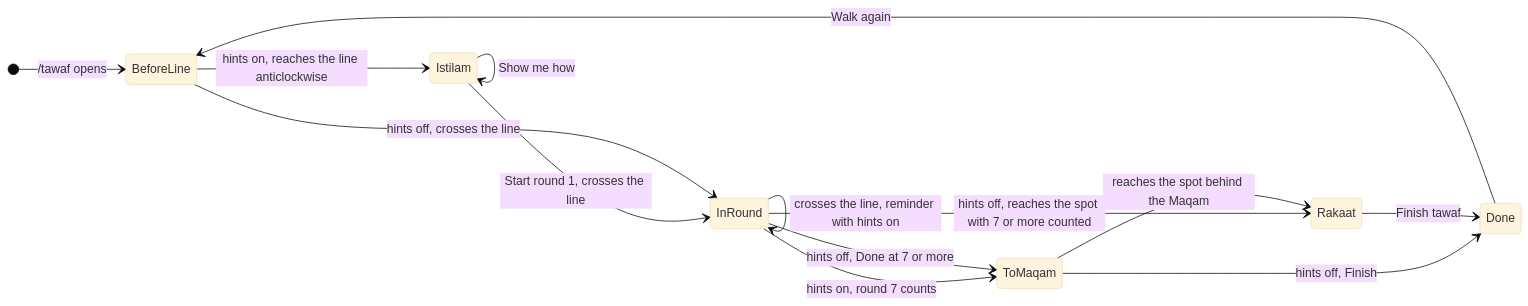
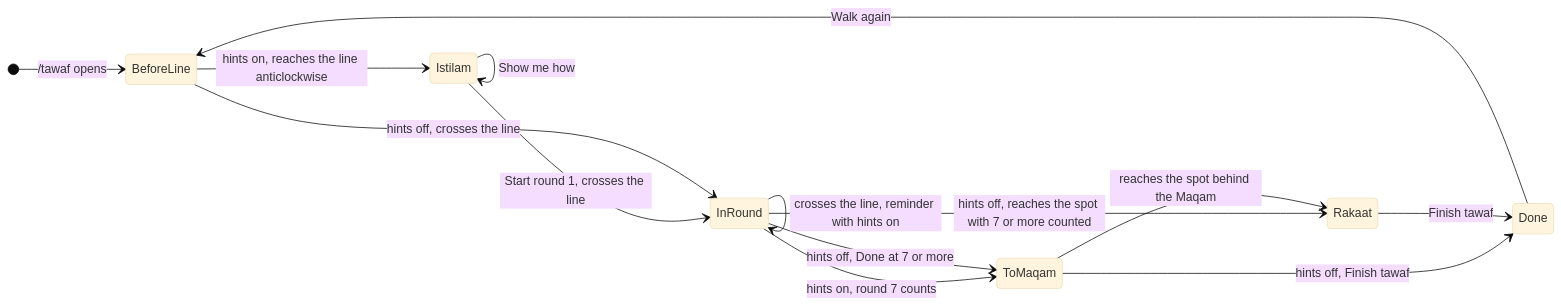
The second of 3 diagrams in docs/specs/tawaf-stations.md (dzaffren/VirtualHajj), drawn with Mermaid (base theme) before and after one commit. The commit also changed other lines of this file and 4 other files, not shown here.

````diff
--- a/docs/specs/tawaf-stations.md
+++ b/docs/specs/tawaf-stations.md
@@ -49,17 +49,17 @@
 ```mermaid
 stateDiagram-v2
     direction LR
     [*] --> BeforeLine: /tawaf opens
     BeforeLine --> Istilam: hints on, reaches the line anticlockwise
     Istilam --> Istilam: Show me how
     Istilam --> InRound: Start round 1, crosses the line
     BeforeLine --> InRound: hints off, crosses the line
     InRound --> InRound: crosses the line, reminder with hints on
     InRound --> ToMaqam: hints on, round 7 counts
     InRound --> ToMaqam: hints off, Done at 7 or more
     InRound --> Rakaat: hints off, reaches the spot with 7 or more counted
     ToMaqam --> Rakaat: reaches the spot behind the Maqam
-    ToMaqam --> Done: hints off, Finish
+    ToMaqam --> Done: hints off, Finish tawaf
     Rakaat --> Done: Finish tawaf
     Done --> BeforeLine: Walk again
 ```
````
